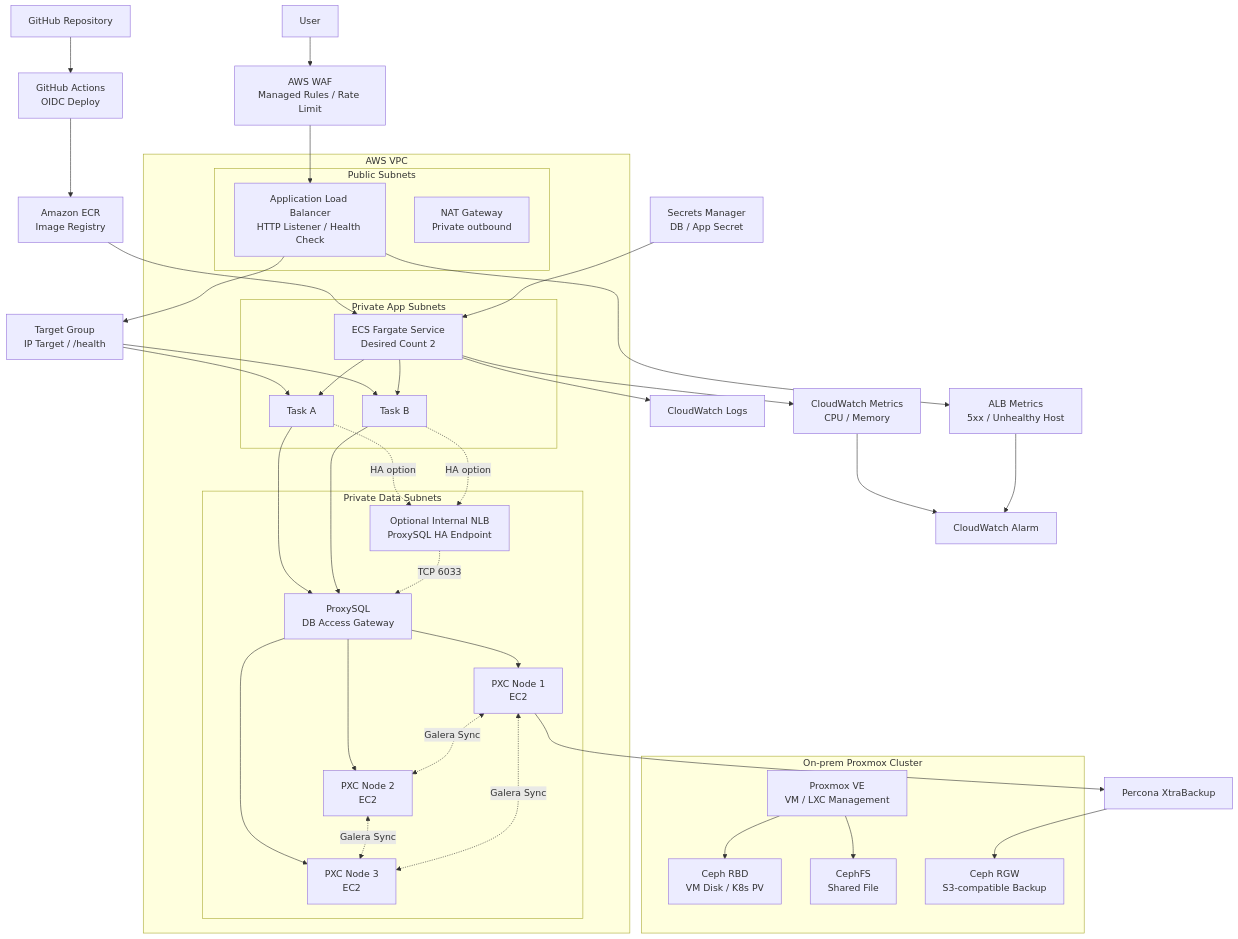
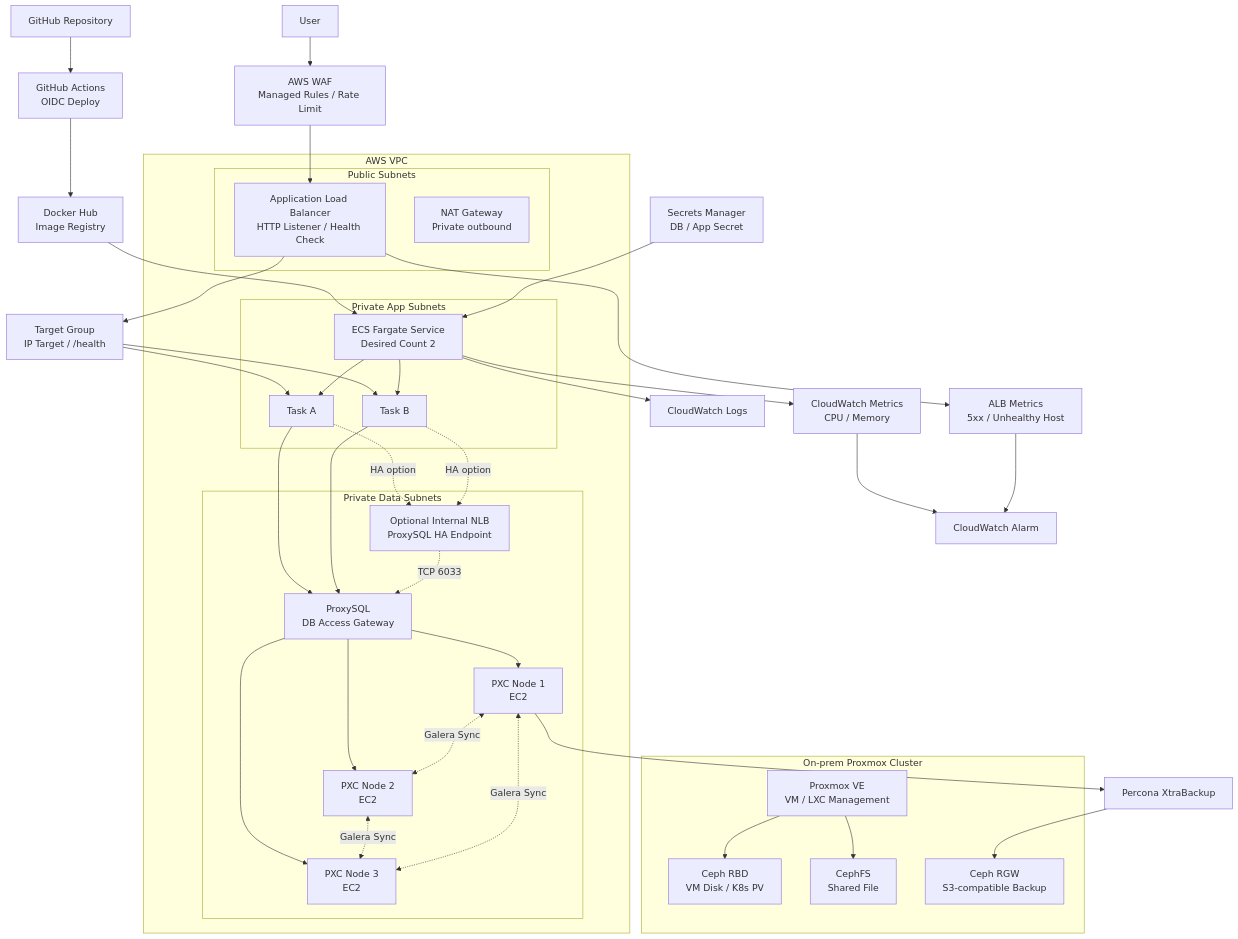
Before and after one commit to KosaCloudTeam2/infra-platform: the second of 7 diagrams in docs/01_architecture.md, drawn with Mermaid. The commit also changed other lines of this file and 28 other files, not shown here.

First line of the commit message:
docs: Docker Hub 기반 이미지 저장소 기준 반영

````diff
--- a/docs/01_architecture.md
+++ b/docs/01_architecture.md
@@ -126,66 +126,66 @@
 ```mermaid
 flowchart TD
     User["User"] --> WAF["AWS WAF<br/>Managed Rules / Rate Limit"]
     WAF --> ALB["Application Load Balancer<br/>HTTP Listener / Health Check"]
     ALB --> TG["Target Group<br/>IP Target / /health"]
 
     subgraph VPC["AWS VPC"]
         subgraph Public["Public Subnets"]
             ALB
             NAT["NAT Gateway<br/>Private outbound"]
         end
 
         subgraph AppPrivate["Private App Subnets"]
             ECS["ECS Fargate Service<br/>Desired Count 2"]
             TaskA["Task A"]
             TaskB["Task B"]
         end
 
         subgraph DataPrivate["Private Data Subnets"]
             ProxySQL["ProxySQL<br/>DB Access Gateway"]
             ProxyNLB["Optional Internal NLB<br/>ProxySQL HA Endpoint"]
             PXC1["PXC Node 1<br/>EC2"]
             PXC2["PXC Node 2<br/>EC2"]
             PXC3["PXC Node 3<br/>EC2"]
         end
     end
 
     TG --> TaskA
     TG --> TaskB
     ECS --> TaskA
     ECS --> TaskB
     TaskA --> ProxySQL
     TaskB --> ProxySQL
     TaskA -. "HA option" .-> ProxyNLB
     TaskB -. "HA option" .-> ProxyNLB
     ProxyNLB -. "TCP 6033" .-> ProxySQL
     ProxySQL --> PXC1
     ProxySQL --> PXC2
     ProxySQL --> PXC3
     PXC1 <-. "Galera Sync" .-> PXC2
     PXC2 <-. "Galera Sync" .-> PXC3
     PXC3 <-. "Galera Sync" .-> PXC1
 
     GitHub["GitHub Repository"] --> Actions["GitHub Actions<br/>OIDC Deploy"]
-    Actions --> ECR["Amazon ECR<br/>Image Registry"]
-    ECR --> ECS
+    Actions --> Registry["Docker Hub<br/>Image Registry"]
+    Registry --> ECS
 
     subgraph OnPrem["On-prem Proxmox Cluster"]
         Proxmox["Proxmox VE<br/>VM / LXC Management"]
         CephRBD["Ceph RBD<br/>VM Disk / K8s PV"]
         CephFS["CephFS<br/>Shared File"]
         CephRGW["Ceph RGW<br/>S3-compatible Backup"]
     end
 
     Secrets["Secrets Manager<br/>DB / App Secret"] --> ECS
     Backup["Percona XtraBackup"] --> CephRGW
     PXC1 --> Backup
     ECS --> Logs["CloudWatch Logs"]
     ECS --> Metrics["CloudWatch Metrics<br/>CPU / Memory"]
     ALB --> AlbMetrics["ALB Metrics<br/>5xx / Unhealthy Host"]
     Metrics --> Alarm["CloudWatch Alarm"]
     AlbMetrics --> Alarm
 
     Proxmox --> CephRBD
     Proxmox --> CephFS
 ```
````
